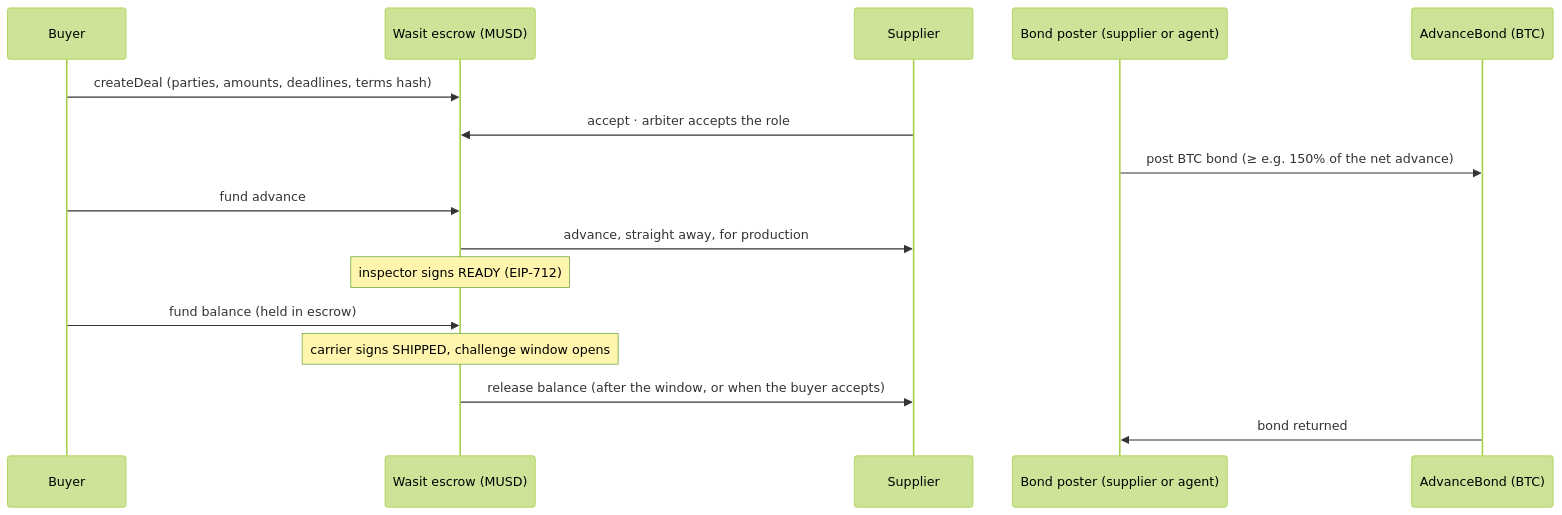
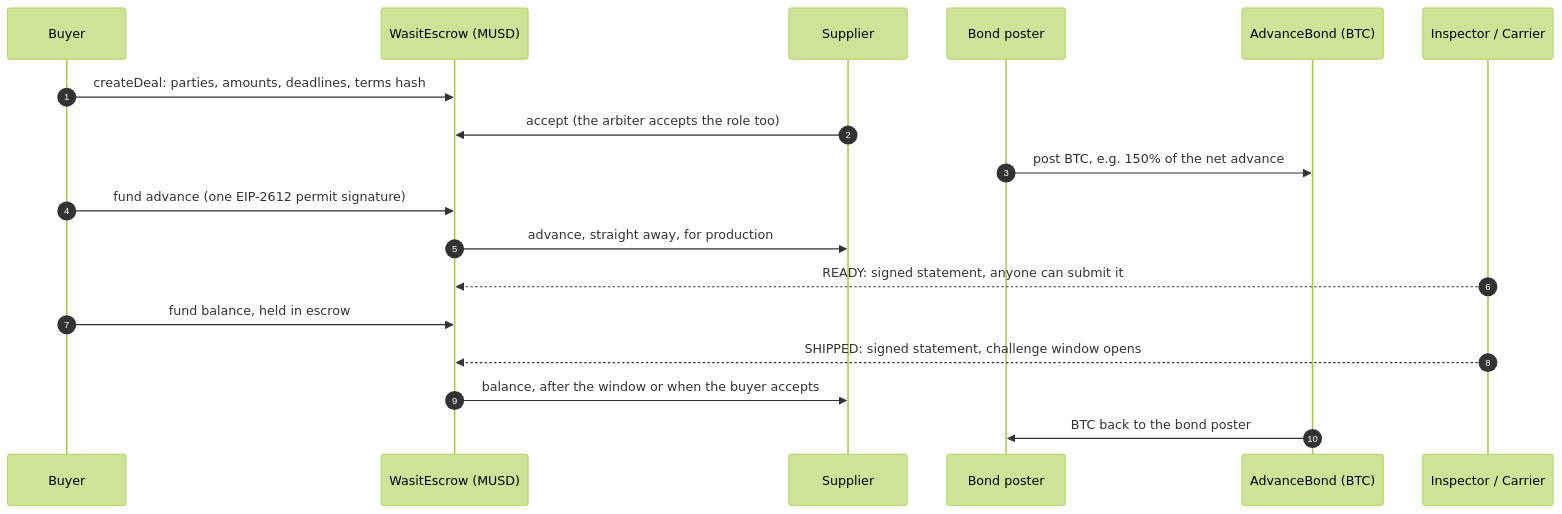
The first of 2 diagrams in README.md (farouk-allani/wasit), drawn with Mermaid (forest theme) before and after one commit. The commit also changed other lines of this file and 6 other files, not shown here.

````diff
--- a/README.md
+++ b/README.md
@@ -24,18 +71,20 @@
 ```mermaid
 sequenceDiagram
+    autonumber
     participant B as Buyer
-    participant E as Wasit escrow (MUSD)
+    participant E as WasitEscrow (MUSD)
     participant S as Supplier
-    participant A as Bond poster (supplier or agent)
+    participant A as Bond poster
     participant K as AdvanceBond (BTC)
-    B->>E: createDeal (parties, amounts, deadlines, terms hash)
-    S->>E: accept · arbiter accepts the role
-    A->>K: post BTC bond (≥ e.g. 150% of the net advance)
-    B->>E: fund advance
+    participant I as Inspector / Carrier
+    B->>E: createDeal: parties, amounts, deadlines, terms hash
+    S->>E: accept (the arbiter accepts the role too)
+    A->>K: post BTC, e.g. 150% of the net advance
+    B->>E: fund advance (one EIP-2612 permit signature)
     E->>S: advance, straight away, for production
-    Note over E: inspector signs READY (EIP-712)
-    B->>E: fund balance (held in escrow)
-    Note over E: carrier signs SHIPPED, challenge window opens
-    E->>S: release balance (after the window, or when the buyer accepts)
-    K->>A: bond returned
+    I-->>E: READY: signed statement, anyone can submit it
+    B->>E: fund balance, held in escrow
+    I-->>E: SHIPPED: signed statement, challenge window opens
+    E->>S: balance, after the window or when the buyer accepts
+    K->>A: BTC back to the bond poster
 ```
````
